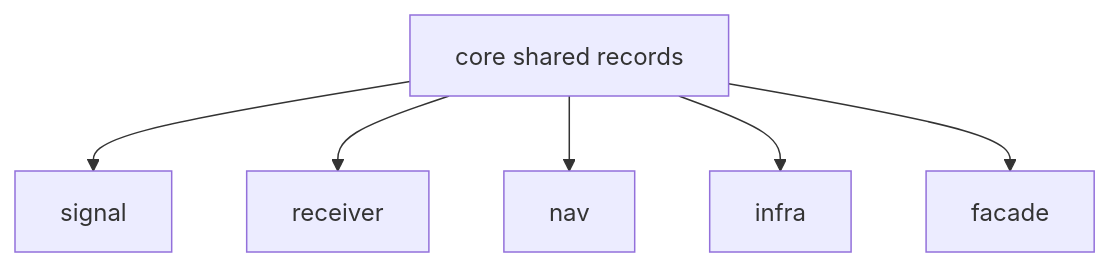
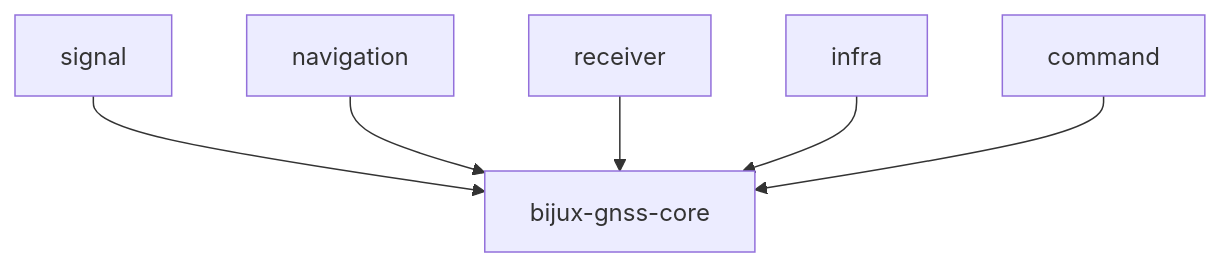
Before and after one commit to bijux/bijux-telecom: the diagram in crates/bijux-gnss-core/README.md, drawn with Mermaid. The commit also changed other lines of this file and 1 other file, not shown here.

Commit message:
docs(core): orient shared contract readers

````diff
--- a/crates/bijux-gnss-core/README.md
+++ b/crates/bijux-gnss-core/README.md
@@ -33,15 +52,15 @@
 ```mermaid
-flowchart TB
-    core["core shared records"]
+flowchart TD
     signal["signal"]
+    navigation["navigation"]
     receiver["receiver"]
-    nav["nav"]
     infra["infra"]
-    cli["facade"]
+    command["command"]
+    core["bijux-gnss-core"]
 
-    core --> signal
-    core --> receiver
-    core --> nav
-    core --> infra
-    core --> cli
+    signal --> core
+    navigation --> core
+    receiver --> core
+    infra --> core
+    command --> core
 ```
````
